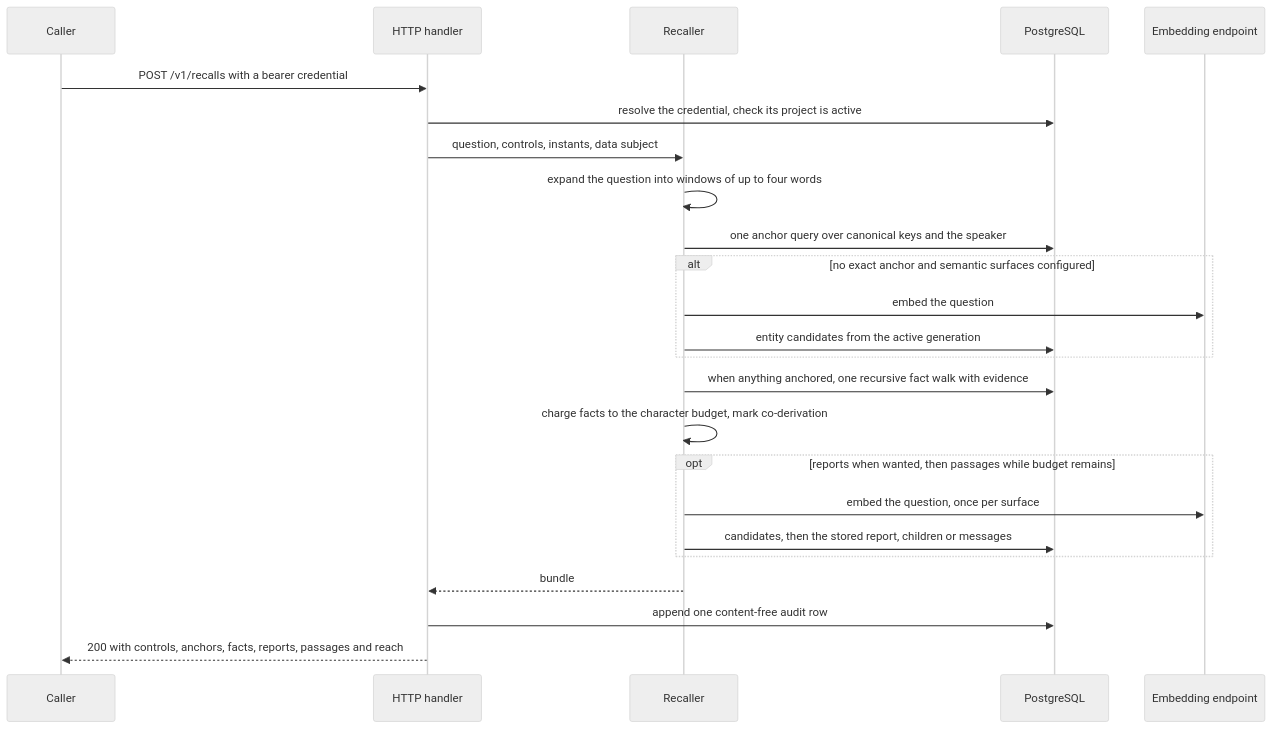
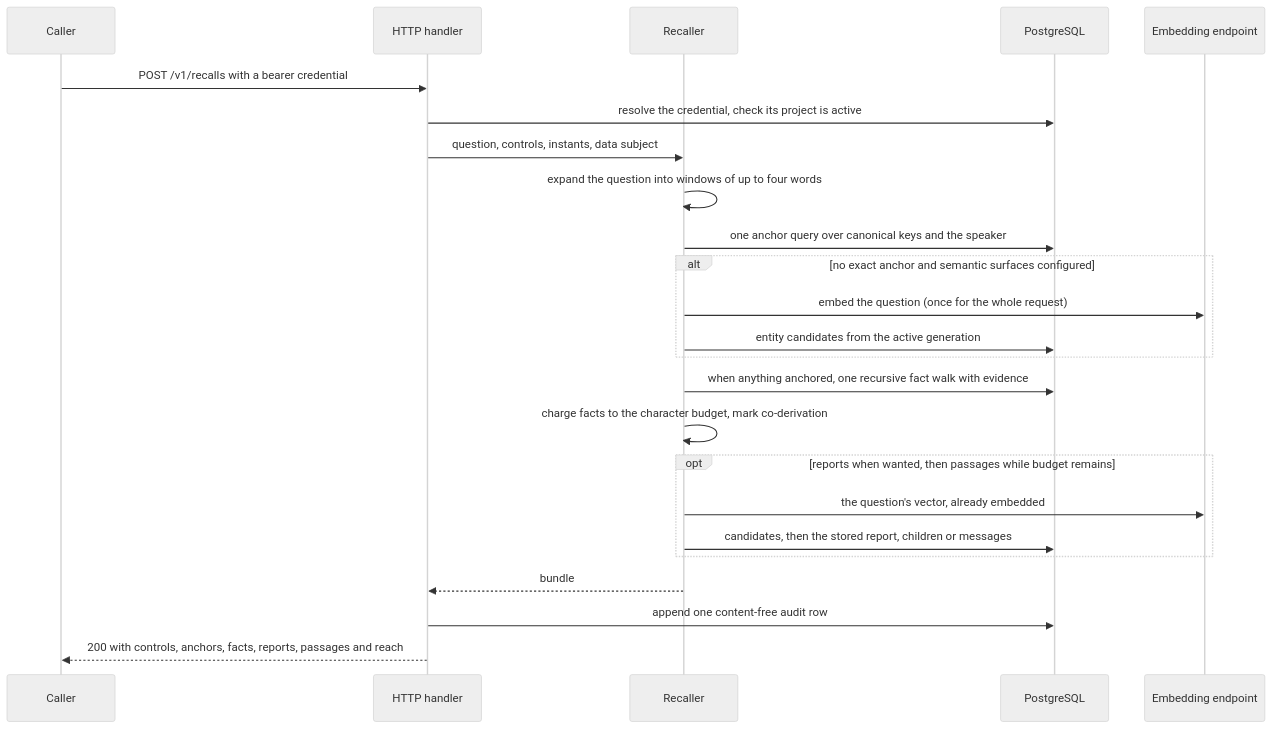
Before and after one commit to ensera-ai/taisce: the first of 2 diagrams in docs/architecture/read-path.md, drawn with Mermaid (neutral theme). The commit also changed other lines of this file and 29 other files, not shown here.

First line of the commit message:
fix: a recall embeds its question once, and a bundle cut by the fanout cap says so (#154, #151)

````diff
--- a/docs/architecture/read-path.md
+++ b/docs/architecture/read-path.md
@@ -74,26 +88,26 @@
 ```mermaid
 sequenceDiagram
     participant C as Caller
     participant H as HTTP handler
     participant R as Recaller
     participant DB as PostgreSQL
     participant M as Embedding endpoint
     C->>H: POST /v1/recalls with a bearer credential
     H->>DB: resolve the credential, check its project is active
     H->>R: question, controls, instants, data subject
     R->>R: expand the question into windows of up to four words
     R->>DB: one anchor query over canonical keys and the speaker
     alt no exact anchor and semantic surfaces configured
-        R->>M: embed the question
+        R->>M: embed the question (once for the whole request)
         R->>DB: entity candidates from the active generation
     end
     R->>DB: when anything anchored, one recursive fact walk with evidence
     R->>R: charge facts to the character budget, mark co-derivation
     opt reports when wanted, then passages while budget remains
-        R->>M: embed the question, once per surface
+        R->>M: the question's vector, already embedded
         R->>DB: candidates, then the stored report, children or messages
     end
     R-->>H: bundle
     H->>DB: append one content-free audit row
     H-->>C: 200 with controls, anchors, facts, reports, passages and reach
 ```
````
